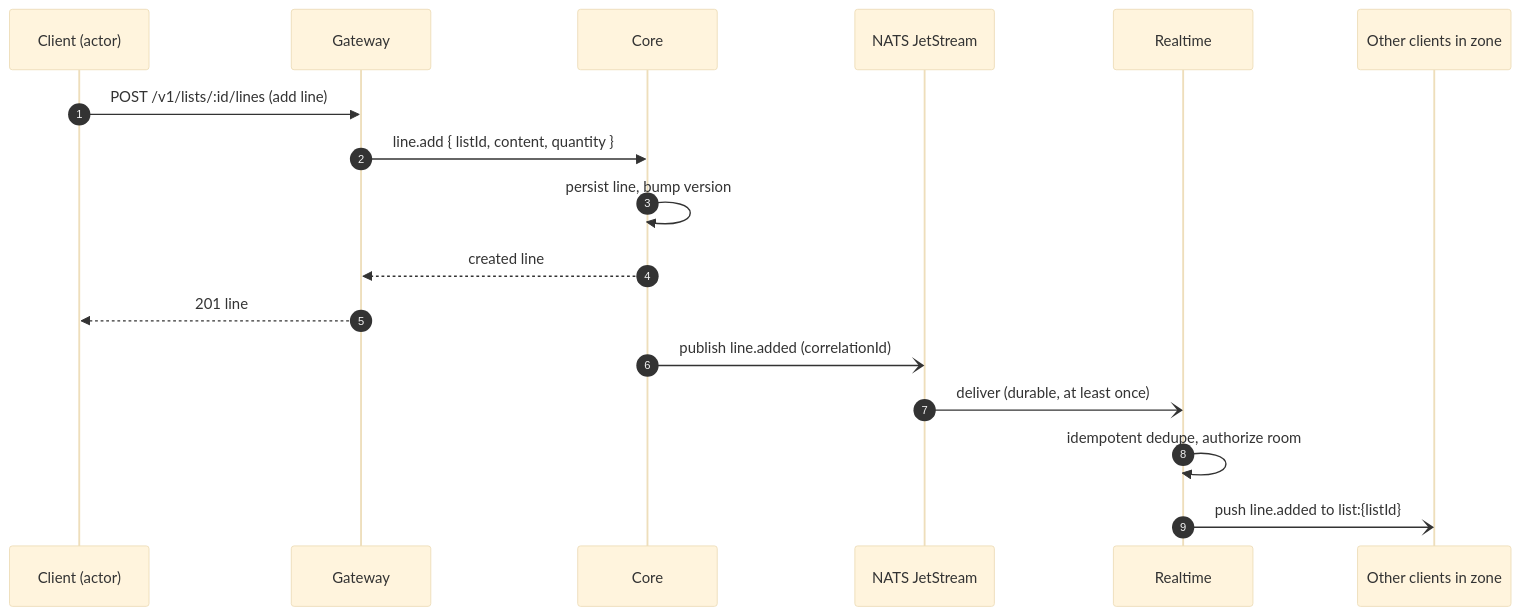
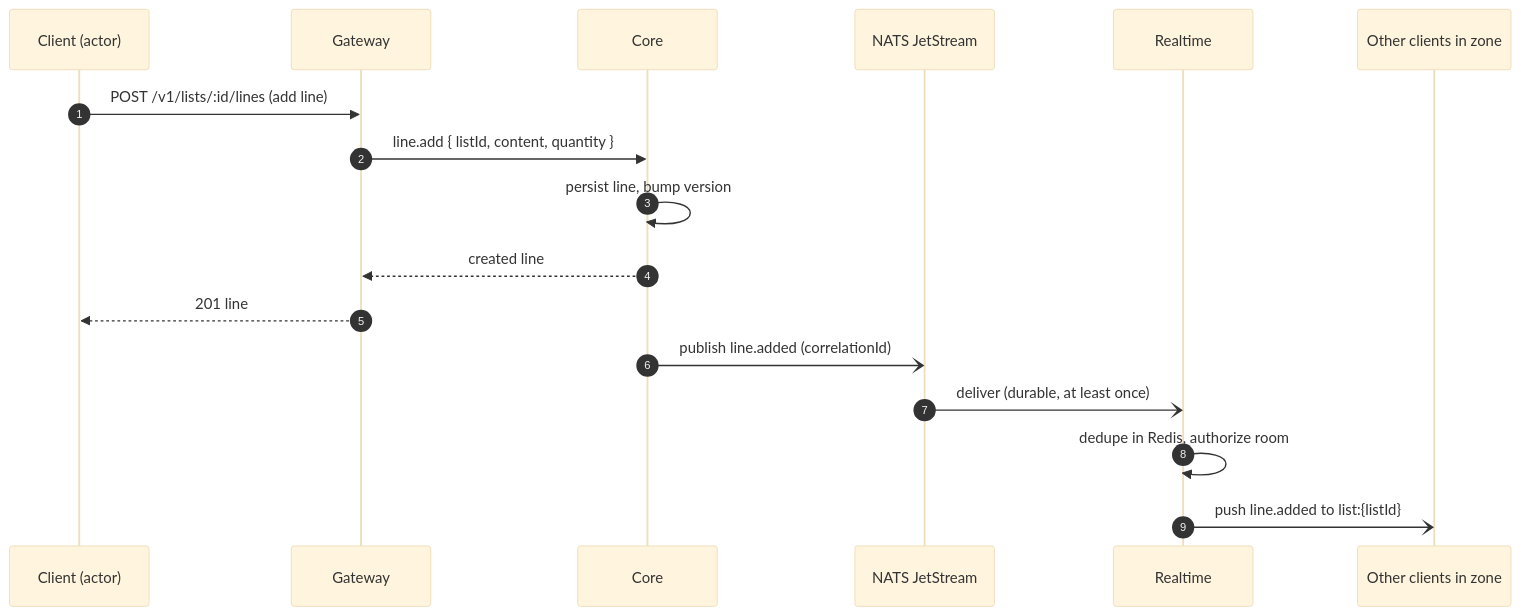
Before and after one commit to IchirokuXVI/nx-portfolio: the third of 3 diagrams in apps/luna-shopper-backend/gateway/docs/architecture.md, drawn with Mermaid (base theme). The commit also changed other lines of this file and 29 other files, not shown here.

````diff
--- a/apps/luna-shopper-backend/gateway/docs/architecture.md
+++ b/apps/luna-shopper-backend/gateway/docs/architecture.md
@@ -86,20 +146,20 @@
 ```mermaid
 sequenceDiagram
     autonumber
     participant C1 as Client (actor)
     participant G as Gateway
     participant K as Core
     participant J as NATS JetStream
     participant R as Realtime
     participant C2 as Other clients in zone
 
     C1->>G: POST /v1/lists/:id/lines (add line)
     G->>K: line.add { listId, content, quantity }
     K->>K: persist line, bump version
     K-->>G: created line
     G-->>C1: 201 line
     K-)J: publish line.added (correlationId)
     J-)R: deliver (durable, at least once)
-    R->>R: idempotent dedupe, authorize room
+    R->>R: dedupe in Redis, authorize room
     R-)C2: push line.added to list:{listId}
 ```
````
